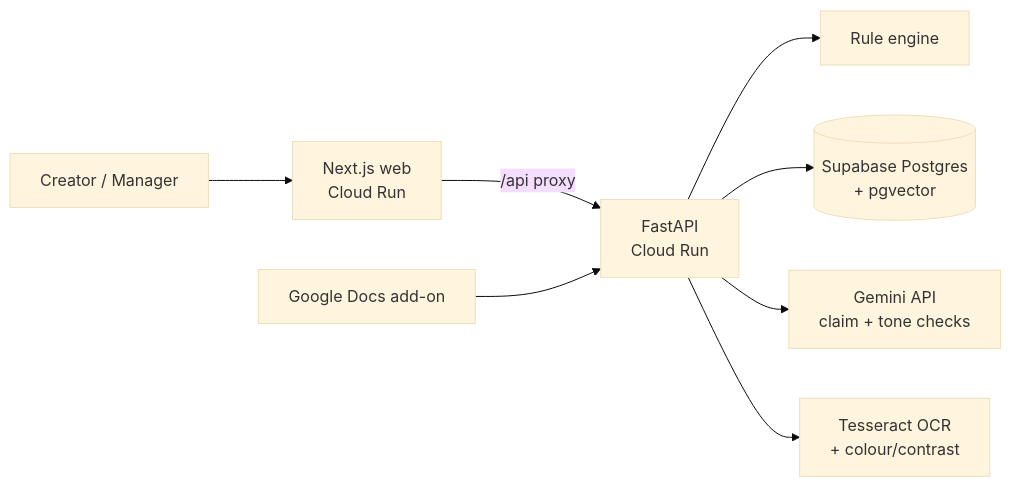
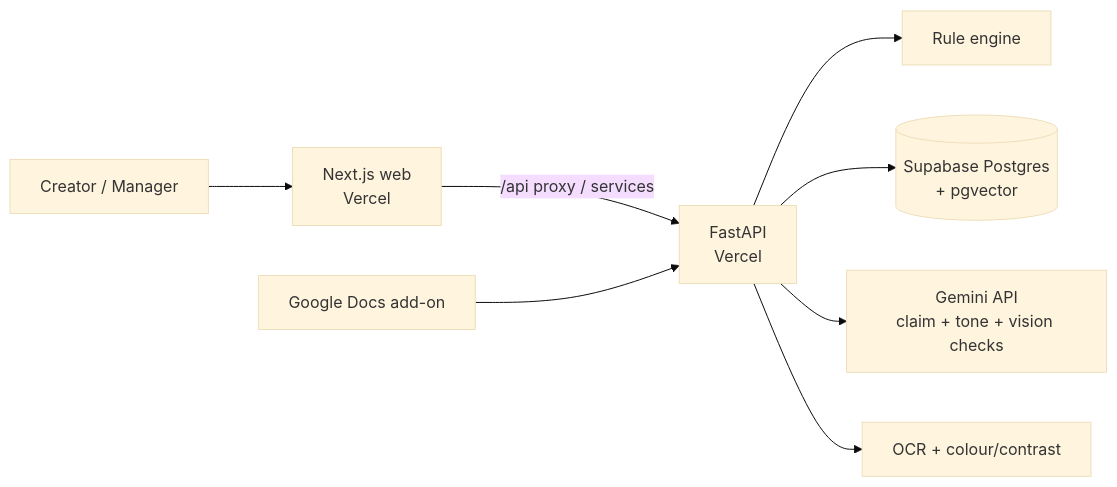
Before and after one commit to rahulganesh-tech/brandpilot: the diagram in README.md, drawn with Mermaid (base theme). The commit also changed other lines of this file and 17 other files, not shown here.

First line of the commit message:
Migrate from Cloud Run to Vercel + project improvements

````diff
--- a/README.md
+++ b/README.md
@@ -44,10 +44,10 @@
 ```mermaid
 flowchart LR
-  U[Creator / Manager] --> W[Next.js web<br/>Cloud Run]
-  W -- /api proxy --> A[FastAPI<br/>Cloud Run]
+  U[Creator / Manager] --> W[Next.js web<br/>Vercel]
+  W -- /api proxy / services --> A[FastAPI<br/>Vercel]
   A --> R[Rule engine]
   A --> DB[(Supabase Postgres<br/>+ pgvector)]
-  A --> G[Gemini API<br/>claim + tone checks]
-  A --> V[Tesseract OCR<br/>+ colour/contrast]
+  A --> G[Gemini API<br/>claim + tone + vision checks]
+  A --> V[OCR + colour/contrast]
   D[Google Docs add-on] --> A
 ```
````
